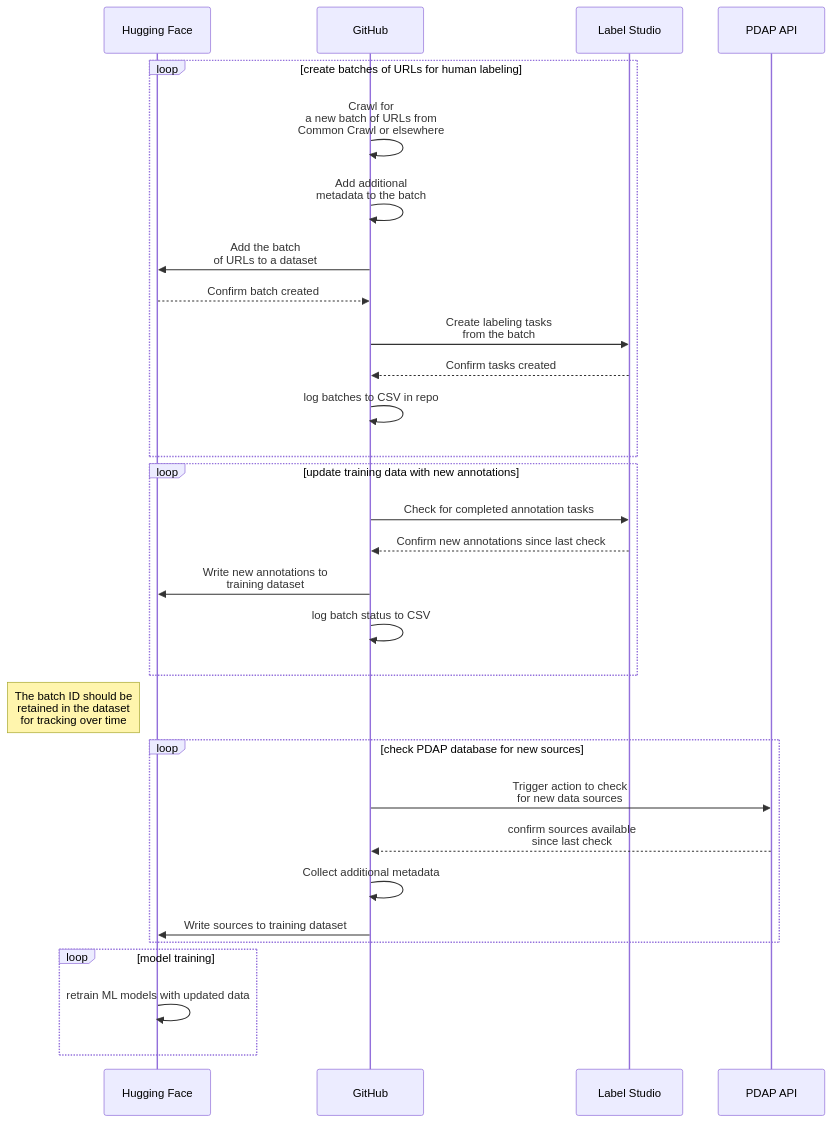
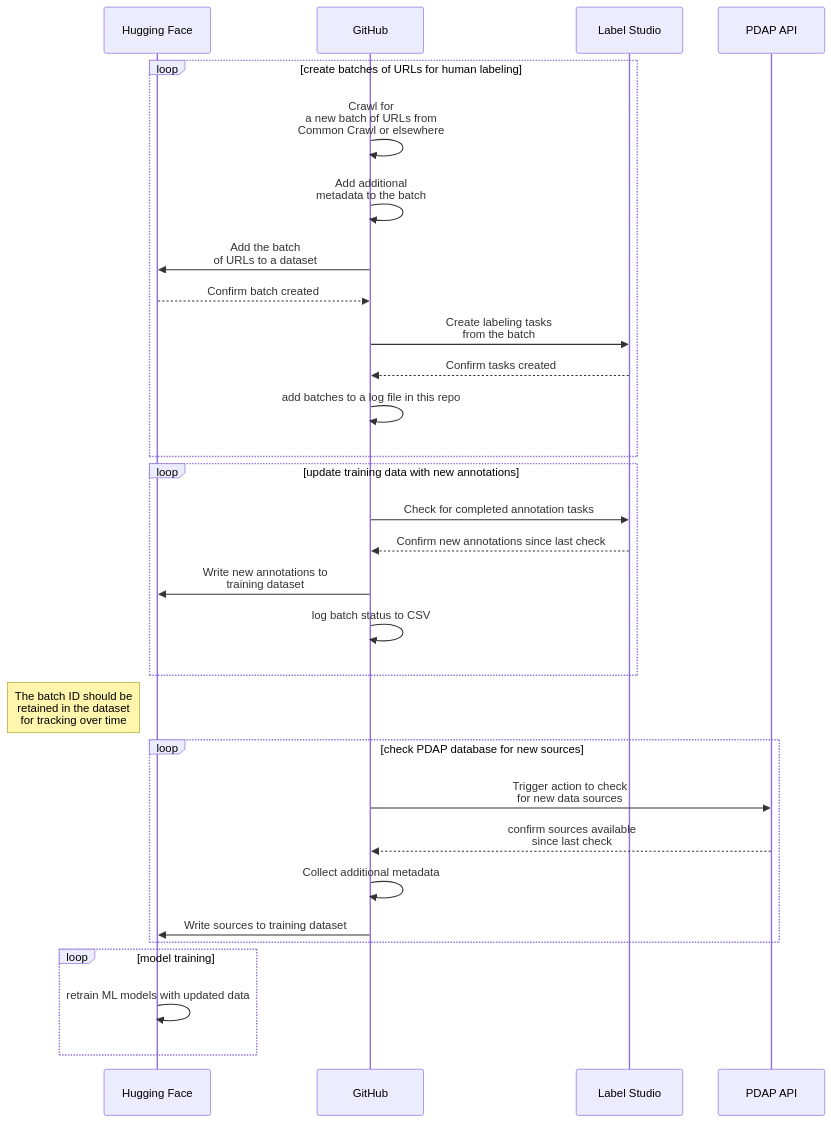
The second of 2 diagrams in README.md (Police-Data-Accessibility-Project/data-source-identification), drawn with Mermaid before and after one commit.

Commit message:
log clarification

````diff
--- a/README.md
+++ b/README.md
@@ -113,41 +113,41 @@
 ```mermaid
 %% Here's a guide to mermaid syntax: https://mermaid.js.org/syntax/flowchart.html
 
 sequenceDiagram
 
 participant Hugging Face
 participant GitHub
 participant Label Studio
 participant PDAP API
 
 loop create batches of URLs for human labeling
   GitHub ->> GitHub: Crawl for <br/> a new batch of URLs from <br/> Common Crawl or elsewhere
   GitHub ->> GitHub: Add additional <br/> metadata to the batch
   GitHub ->> Hugging Face: Add the batch <br/> of URLs to a dataset
   Hugging Face -->> GitHub: Confirm batch created
   GitHub ->> Label Studio: Create labeling tasks <br/> from the batch
   Label Studio -->> GitHub: Confirm tasks created
-  GitHub ->> GitHub: log batches to CSV in repo
+  GitHub ->> GitHub: add batches to a log file in this repo
 end
 
 loop update training data with new annotations
   GitHub ->> Label Studio: Check for completed annotation tasks
   Label Studio -->> GitHub: Confirm new annotations since last check
   GitHub ->> Hugging Face: Write new annotations to <br/> training dataset
   GitHub ->> GitHub: log batch status to CSV
 end
 
 Note left of Hugging Face: The batch ID should be <br/> retained in the dataset <br/> for tracking over time
 
 loop check PDAP database for new sources
   GitHub ->> PDAP API: Trigger action to check <br/> for new data sources
   PDAP API -->> GitHub: confirm sources available <br/> since last check
   GitHub ->> GitHub: Collect additional metadata
   GitHub ->> Hugging Face: Write sources to training dataset
 end
 
 loop model training
   Hugging Face ->> Hugging Face: retrain ML models with updated data
 end
 
 ```
````
